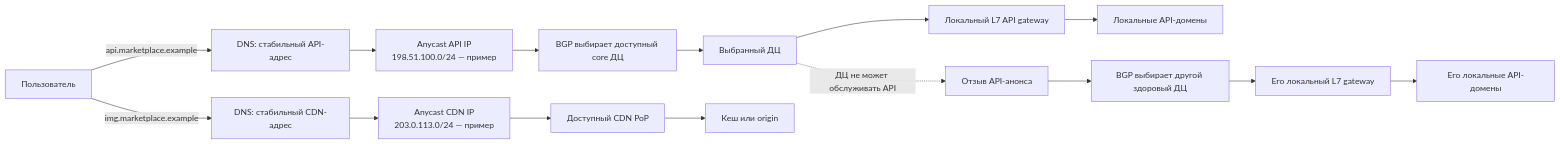
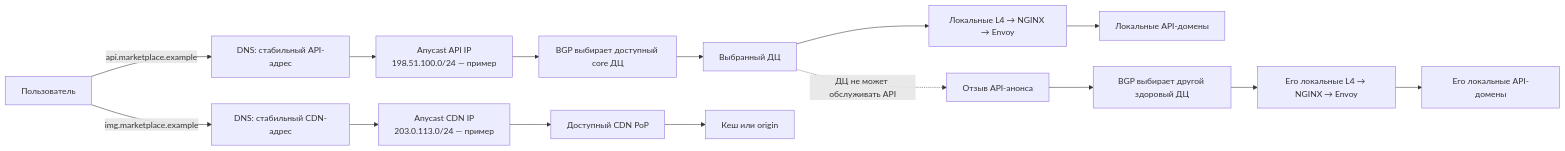
Before and after one commit to amklimenkov752/tp_highload_2026: the first of 2 diagrams in README.md, drawn with Mermaid. The commit also changed other lines of this file, not shown here.

````diff
--- a/README.md
+++ b/README.md
@@ -369,17 +369,17 @@
 ```mermaid
 flowchart LR
     U[Пользователь] -->|api.marketplace.example| DNS1[DNS: стабильный API-адрес]
     DNS1 --> AAPI[Anycast API IP\n198.51.100.0/24 — пример]
     AAPI --> BGP[BGP выбирает доступный core ДЦ]
     BGP --> DC[Выбранный ДЦ]
-    DC --> G[Локальный L7 API gateway]
+    DC --> G[Локальные L4 → NGINX → Envoy]
     G --> L[Локальные API-домены]
     DC -.->|ДЦ не может обслуживать API| W[Отзыв API-анонса]
     W --> ALT[BGP выбирает другой здоровый ДЦ]
-    ALT --> G2[Его локальный L7 gateway]
+    ALT --> G2[Его локальные L4 → NGINX → Envoy]
     G2 --> L2[Его локальные API-домены]
     U -->|img.marketplace.example| DNS2[DNS: стабильный CDN-адрес]
     DNS2 --> ACDN[Anycast CDN IP\n203.0.113.0/24 — пример]
     ACDN --> C[Доступный CDN PoP]
     C --> O[Кеш или origin]
 ```
````
